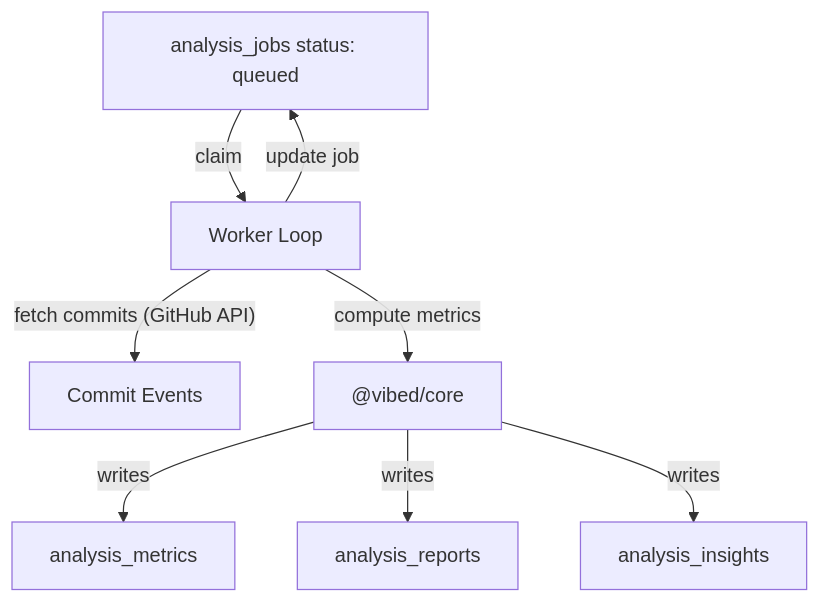
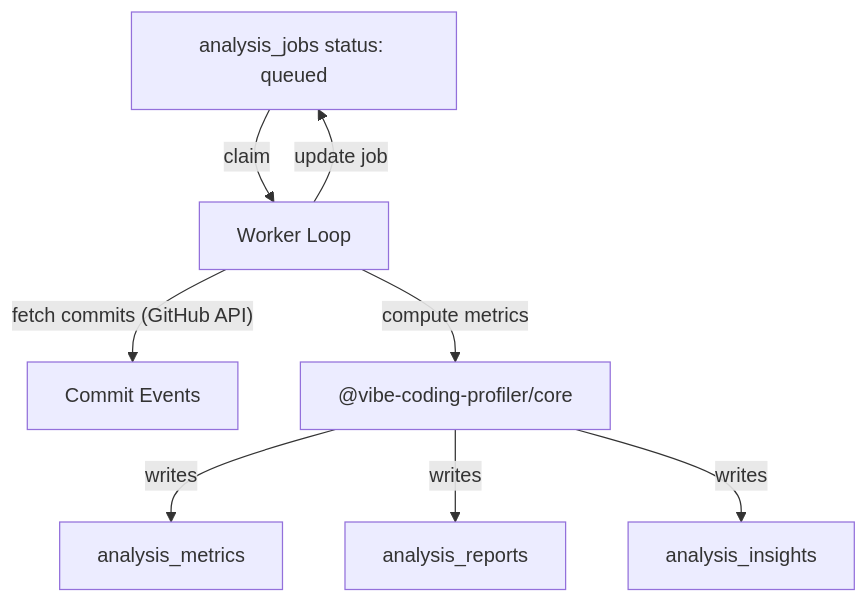
Before and after one commit to devakone/vibe-coding-profiler: the second of 2 diagrams in docs/architecture/overview.md, drawn with Mermaid. The commit also changed other lines of this file and 59 other files, not shown here.

First line of the commit message:
refactor: rename @vibed scope to @vibe-coding-profiler

````diff
--- a/docs/architecture/overview.md
+++ b/docs/architecture/overview.md
@@ -56,10 +56,10 @@
 ```mermaid
 graph TD
     JobQueue["analysis_jobs status: queued"] -->|"claim"| Worker["Worker Loop"]
     Worker -->|"fetch commits (GitHub API)"| CommitData["Commit Events"]
-    Worker -->|"compute metrics"| Core["@vibed/core"]
+    Worker -->|"compute metrics"| Core["@vibe-coding-profiler/core"]
     Core -->|"writes"| Metrics["analysis_metrics"]
     Core -->|"writes"| Narrative["analysis_reports"]
     Core -->|"writes"| Insights["analysis_insights"]
     Worker -->|"update job"| JobQueue
 ```
````
